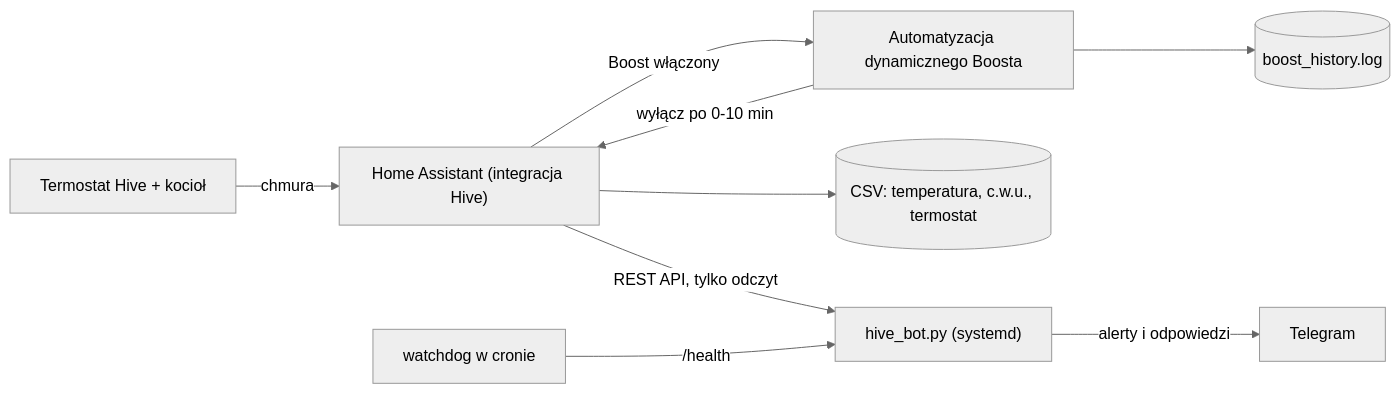
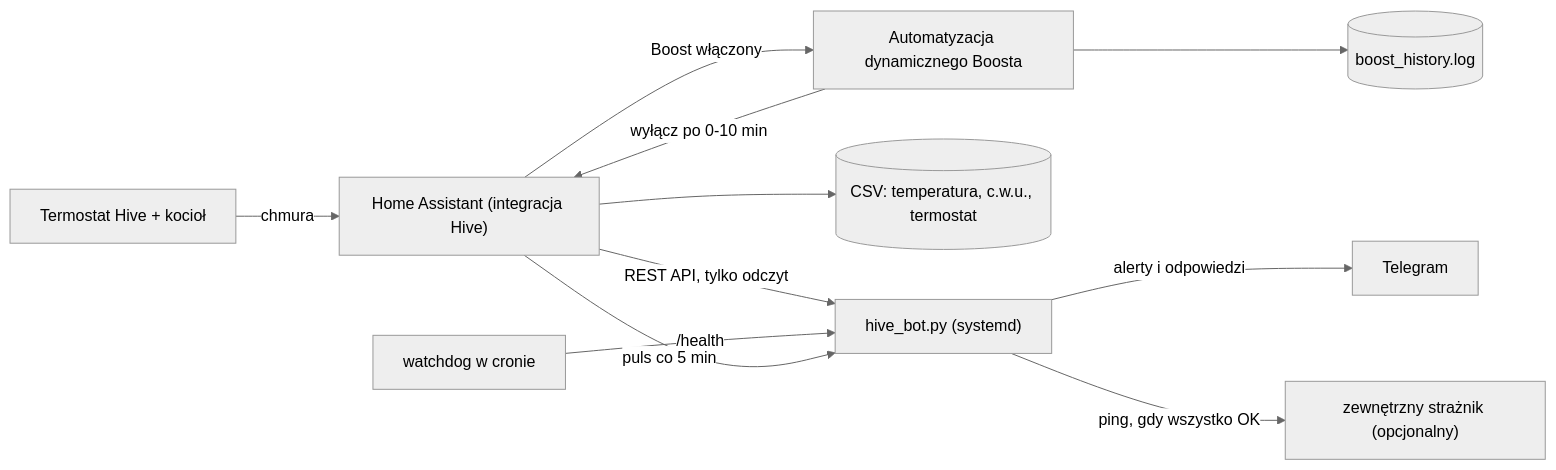
Before and after one commit to popek1990/hive-dynamic-boost-control-home-assistant: the diagram in README.pl.md, drawn with Mermaid (neutral theme). The commit also changed other lines of this file and 12 other files, not shown here.

````diff
--- a/README.pl.md
+++ b/README.pl.md
@@ -111,11 +131,13 @@
 ```mermaid
 flowchart LR
     Hive["Termostat Hive + kocioł"] -->|chmura| HA["Home Assistant (integracja Hive)"]
     HA -->|"Boost włączony"| Auto["Automatyzacja dynamicznego Boosta"]
     Auto -->|"wyłącz po 0-10 min"| HA
     Auto --> Logfile[("boost_history.log")]
     HA --> Csv[("CSV: temperatura, c.w.u., termostat")]
     HA -->|"REST API, tylko odczyt"| Bot["hive_bot.py (systemd)"]
     Bot -->|alerty i odpowiedzi| Tg["Telegram"]
     Cron["watchdog w cronie"] -->|/health| Bot
+    HA -->|"puls co 5 min"| Bot
+    Bot -->|"ping, gdy wszystko OK"| Ext["zewnętrzny strażnik (opcjonalny)"]
 ```
````
